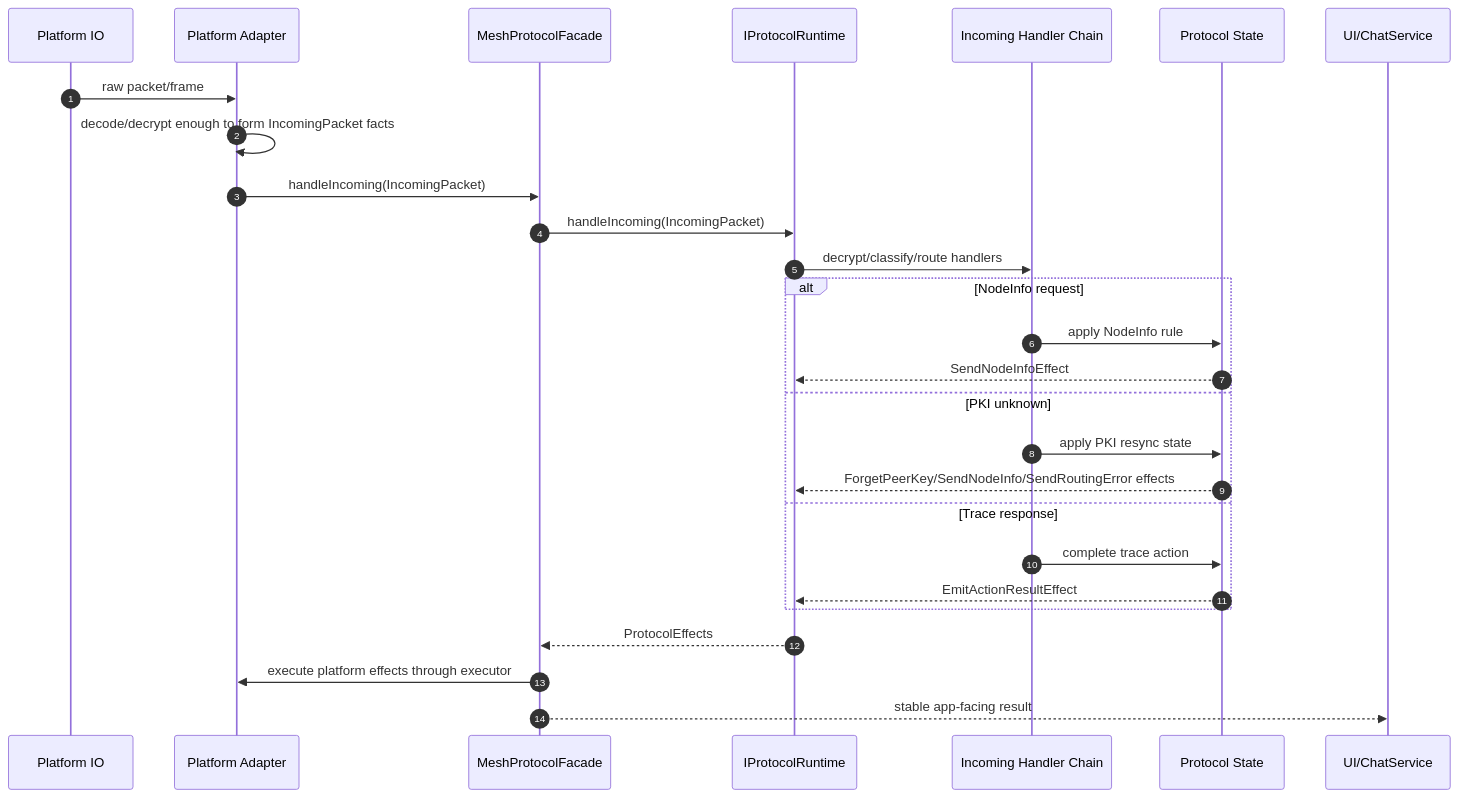
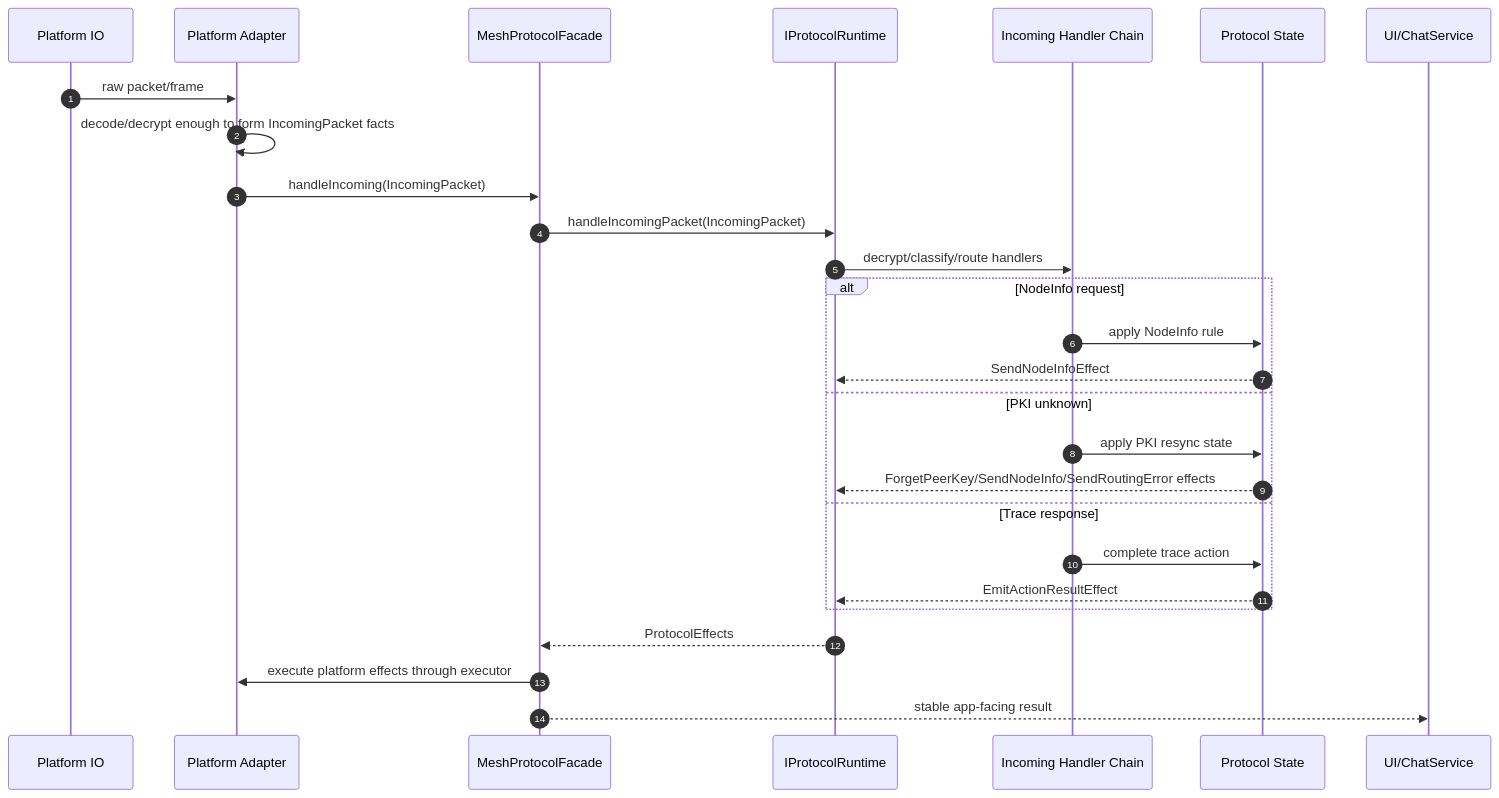
Before and after one commit to DinaTzi/trail-mate: the fourth of 6 diagrams in docs/specification/PROTOCOL_RUNTIME_DESIGN_SPEC.md, drawn with Mermaid. The commit also changed other lines of this file and 1 other file, not shown here.

Commit message:
docs(protocol): record runtime architecture conformance

````diff
--- a/docs/specification/PROTOCOL_RUNTIME_DESIGN_SPEC.md
+++ b/docs/specification/PROTOCOL_RUNTIME_DESIGN_SPEC.md
@@ -416,30 +433,30 @@
 ```mermaid
 sequenceDiagram
     autonumber
     participant Platform as Platform IO
     participant Adapter as Platform Adapter
     participant Facade as MeshProtocolFacade
     participant Runtime as IProtocolRuntime
     participant Chain as Incoming Handler Chain
     participant State as Protocol State
     participant UI as UI/ChatService
 
     Platform->>Adapter: raw packet/frame
     Adapter->>Adapter: decode/decrypt enough to form IncomingPacket facts
     Adapter->>Facade: handleIncoming(IncomingPacket)
-    Facade->>Runtime: handleIncoming(IncomingPacket)
+    Facade->>Runtime: handleIncomingPacket(IncomingPacket)
     Runtime->>Chain: decrypt/classify/route handlers
     alt NodeInfo request
         Chain->>State: apply NodeInfo rule
         State-->>Runtime: SendNodeInfoEffect
     else PKI unknown
         Chain->>State: apply PKI resync state
         State-->>Runtime: ForgetPeerKey/SendNodeInfo/SendRoutingError effects
     else Trace response
         Chain->>State: complete trace action
         State-->>Runtime: EmitActionResultEffect
     end
     Runtime-->>Facade: ProtocolEffects
     Facade->>Adapter: execute platform effects through executor
     Facade-->>UI: stable app-facing result
 ```
````
